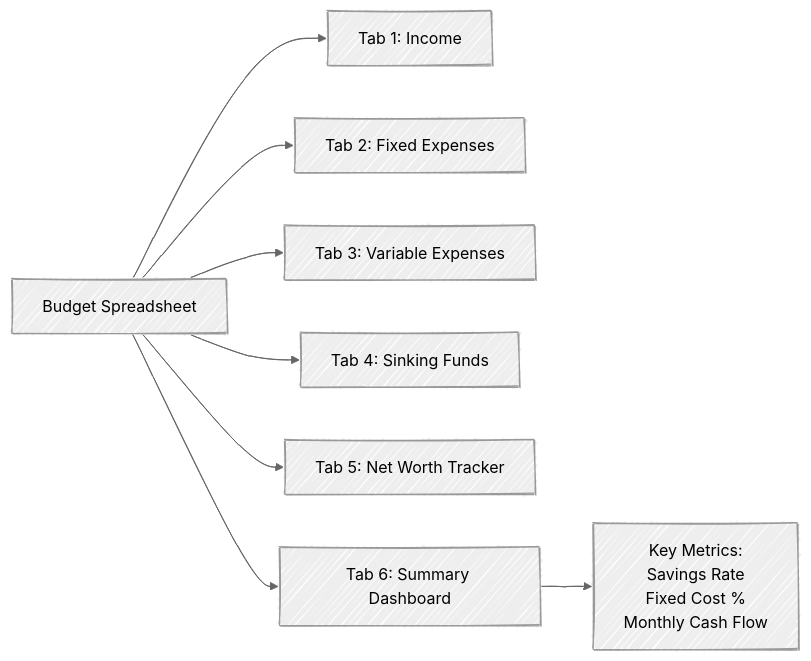
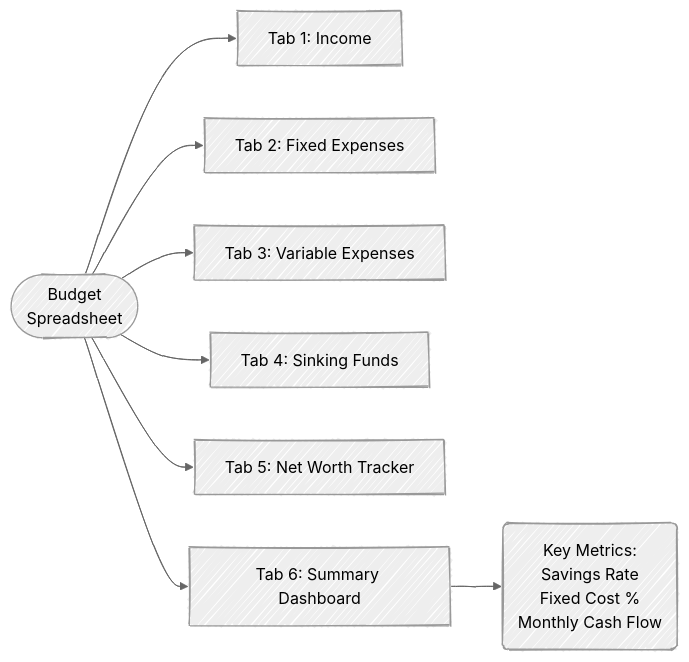
The fifth of 6 diagrams in budgeting.qmd (mjfrigaard/fm-finance), drawn with Mermaid before and after one commit. The commit also changed other lines of this file and 1 other file, not shown here.

````diff
--- a/budgeting.qmd
+++ b/budgeting.qmd
@@ -172,15 +174,15 @@
 ```{mermaid}
 %%| fig-cap: 'Spreadsheet'
 %%| fig-align: center
 %%{init: {'theme': 'neutral', 'look': 'handDrawn', 'themeVariables': { 'fontFamily': 'monospace', "fontSize":"16px"}}}%%
 
 flowchart LR
-    Spreadsheet[Budget Spreadsheet] --> Tab1[Tab 1: Income]
+    Spreadsheet(["Budget<br>Spreadsheet"]) --> Tab1[Tab 1: Income]
     Spreadsheet --> Tab2[Tab 2: Fixed Expenses]
     Spreadsheet --> Tab3[Tab 3: Variable Expenses]
     Spreadsheet --> Tab4[Tab 4: Sinking Funds]
     Spreadsheet --> Tab5[Tab 5: Net Worth Tracker]
     Spreadsheet --> Tab6[Tab 6: Summary Dashboard]
     
-    Tab6 --> Metrics[Key Metrics:<br/>Savings Rate<br/>Fixed Cost %<br/>Monthly Cash Flow]
+    Tab6 --> Metrics("Key Metrics:<br/>Savings Rate<br/>Fixed Cost %<br/>Monthly Cash Flow")
 ```
````
